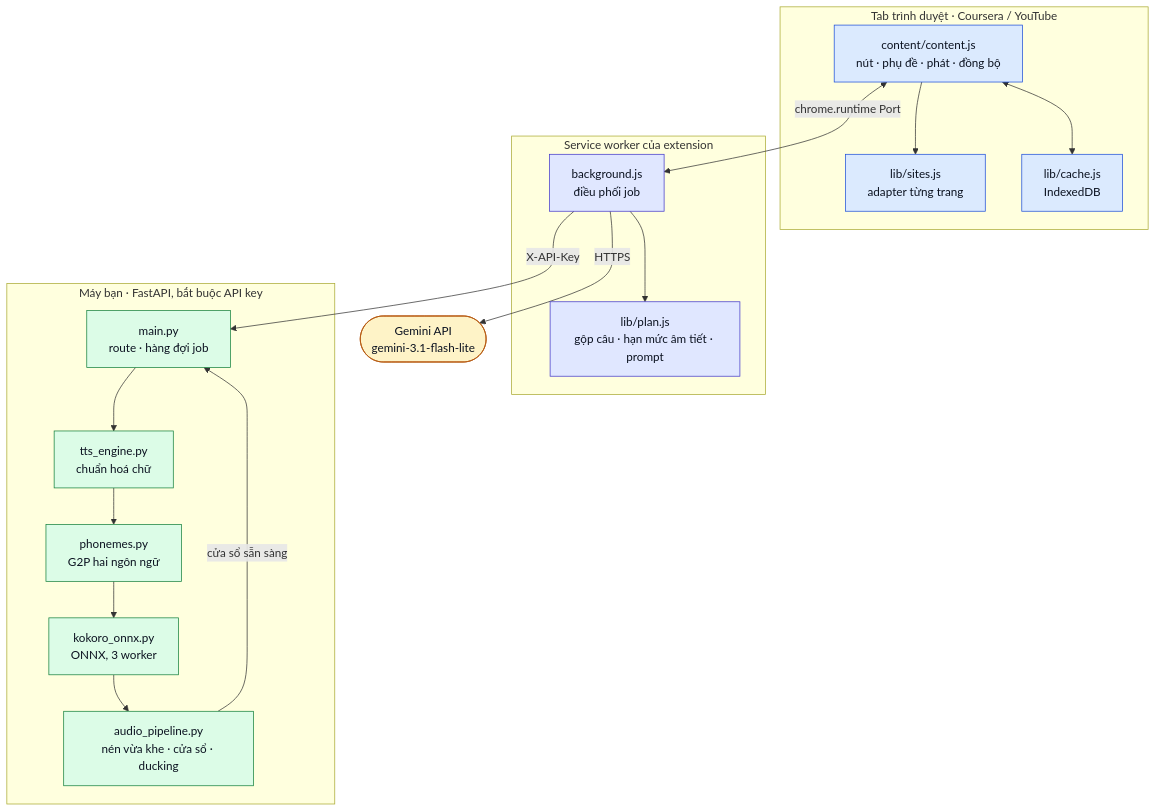
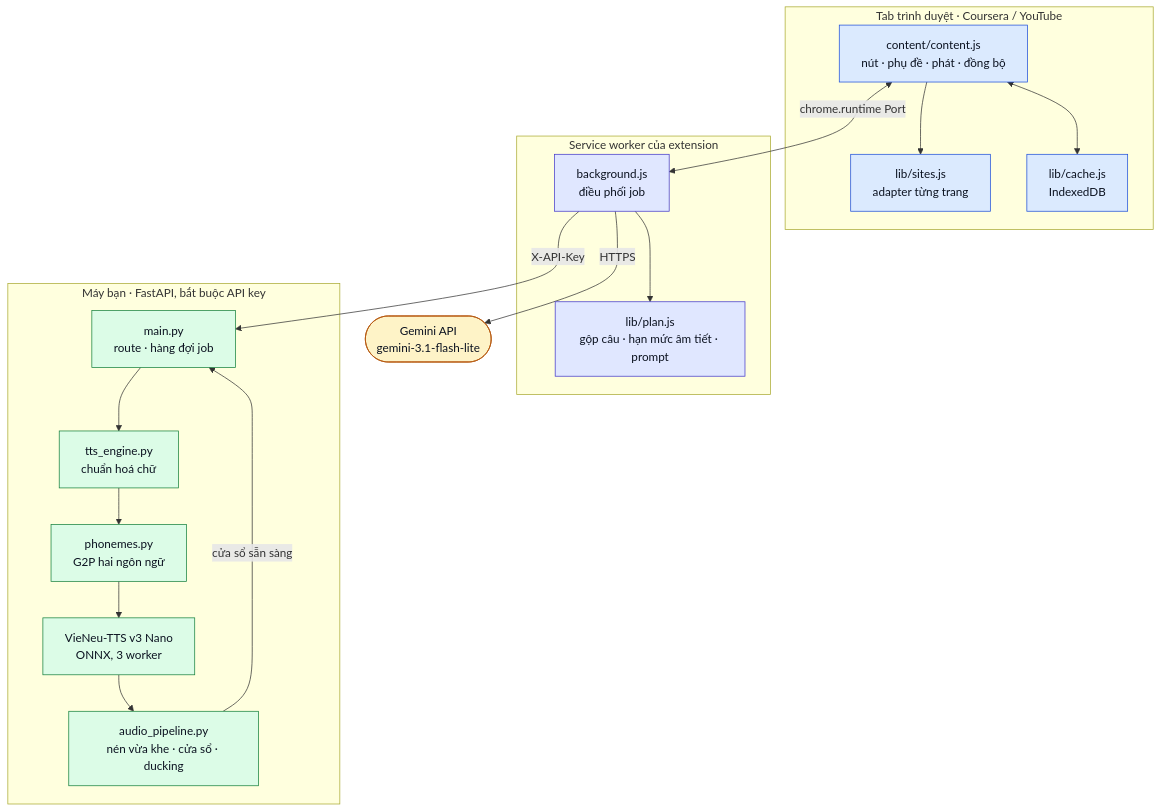
The first of 6 diagrams in README.vi.md (AIAI-Laboratory/ai-vietnamese-dubbing), drawn with Mermaid before and after one commit. The commit also changed other lines of this file and 3 other files, not shown here.

````diff
--- a/README.vi.md
+++ b/README.vi.md
@@ -67,41 +67,41 @@
 ```mermaid
 flowchart TB
     subgraph page["Tab trình duyệt · Coursera / YouTube"]
         A["content/content.js<br/>nút · phụ đề · phát · đồng bộ"]
         B["lib/sites.js<br/>adapter từng trang"]
         C["lib/cache.js<br/>IndexedDB"]
     end
 
     subgraph worker["Service worker của extension"]
         D["background.js<br/>điều phối job"]
         E["lib/plan.js<br/>gộp câu · hạn mức âm tiết · prompt"]
     end
 
     subgraph local["Máy bạn · FastAPI, bắt buộc API key"]
         F["main.py<br/>route · hàng đợi job"]
         G["tts_engine.py<br/>chuẩn hoá chữ"]
         H["phonemes.py<br/>G2P hai ngôn ngữ"]
-        I["kokoro_onnx.py<br/>ONNX, 3 worker"]
+        I["VieNeu-TTS v3 Nano<br/>ONNX, 3 worker"]
         J["audio_pipeline.py<br/>nén vừa khe · cửa sổ · ducking"]
     end
 
     K(["Gemini API<br/>gemini-3.1-flash-lite"])
 
     A <-->|"chrome.runtime Port"| D
     A --> B
     A <--> C
     D --> E
     D -->|HTTPS| K
     D -->|"X-API-Key"| F
     F --> G --> H --> I --> J
     J -->|"cửa sổ sẵn sàng"| F
 
     classDef browser fill:#dbeafe,stroke:#1d4ed8,color:#0b1220
     classDef worker fill:#e0e7ff,stroke:#4338ca,color:#0b1220
     classDef server fill:#dcfce7,stroke:#15803d,color:#0b1220
     classDef cloud fill:#fef3c7,stroke:#b45309,color:#0b1220
     class A,B,C browser
     class D,E worker
     class F,G,H,I,J server
     class K cloud
 ```
````
